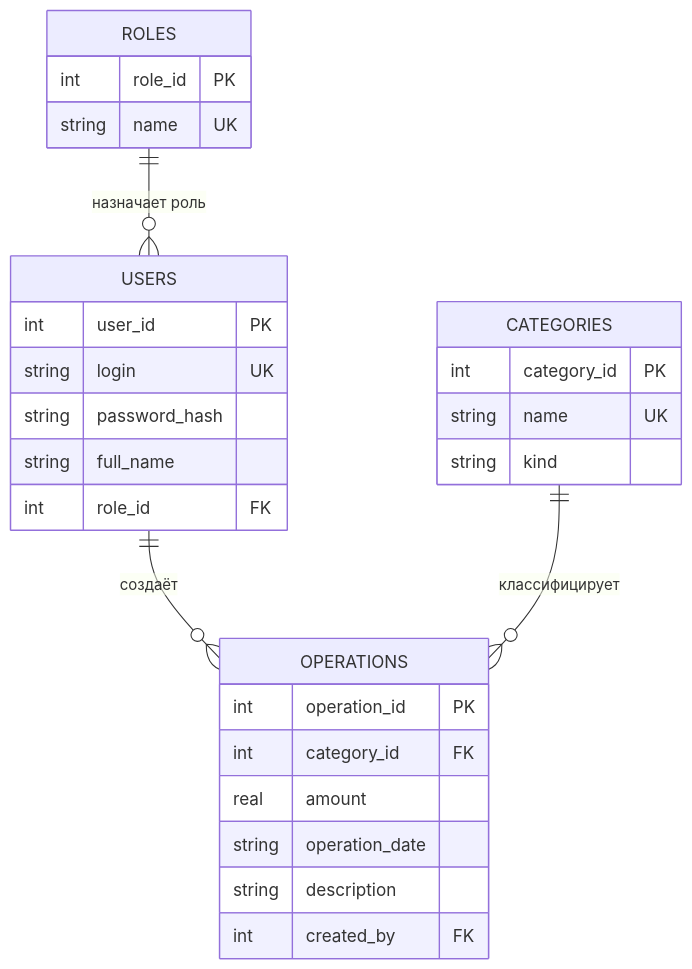
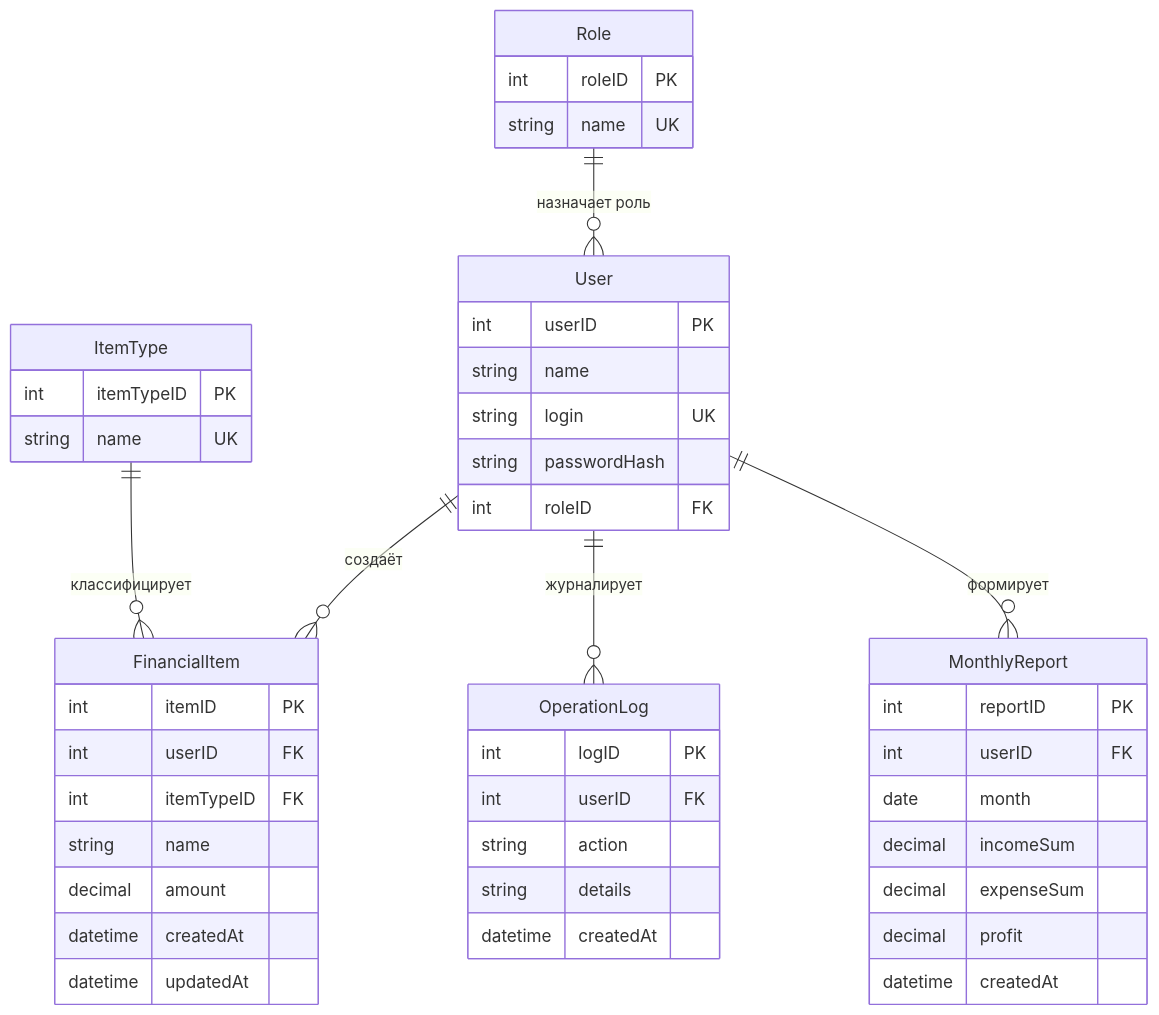
The diagram in README.md (SmilePrime/MoneyOrgTrack), drawn with Mermaid before and after one commit. The commit also changed other lines of this file and 20 other files, not shown here.

````diff
--- a/README.md
+++ b/README.md
@@ -109,31 +113,49 @@
 ```mermaid
 erDiagram
-    ROLES ||--o{ USERS : "назначает роль"
-    USERS ||--o{ OPERATIONS : "создаёт"
-    CATEGORIES ||--o{ OPERATIONS : "классифицирует"
+    Role ||--o{ User : "назначает роль"
+    ItemType ||--o{ FinancialItem : "классифицирует"
+    User ||--o{ FinancialItem : "создаёт"
+    User ||--o{ OperationLog : "журналирует"
+    User ||--o{ MonthlyReport : "формирует"
 
-    ROLES {
-        int role_id PK
+    Role {
+        int roleID PK
         string name UK
     }
-    USERS {
-        int user_id PK
+    ItemType {
+        int itemTypeID PK
+        string name UK
+    }
+    User {
+        int userID PK
+        string name
         string login UK
-        string password_hash
-        string full_name
-        int role_id FK
+        string passwordHash
+        int roleID FK
     }
-    CATEGORIES {
-        int category_id PK
-        string name UK
-        string kind
+    FinancialItem {
+        int itemID PK
+        int userID FK
+        int itemTypeID FK
+        string name
+        decimal amount
+        datetime createdAt
+        datetime updatedAt
     }
-    OPERATIONS {
-        int operation_id PK
-        int category_id FK
-        real amount
-        string operation_date
-        string description
-        int created_by FK
+    OperationLog {
+        int logID PK
+        int userID FK
+        string action
+        string details
+        datetime createdAt
+    }
+    MonthlyReport {
+        int reportID PK
+        int userID FK
+        date month
+        decimal incomeSum
+        decimal expenseSum
+        decimal profit
+        datetime createdAt
     }
 ```
````
